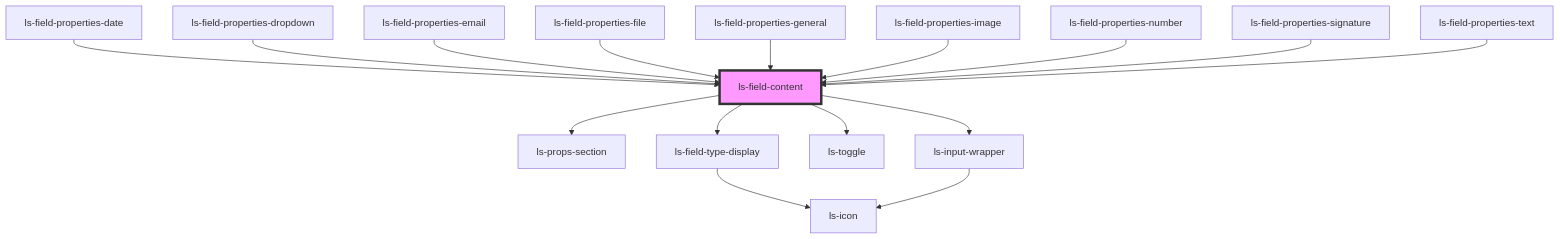
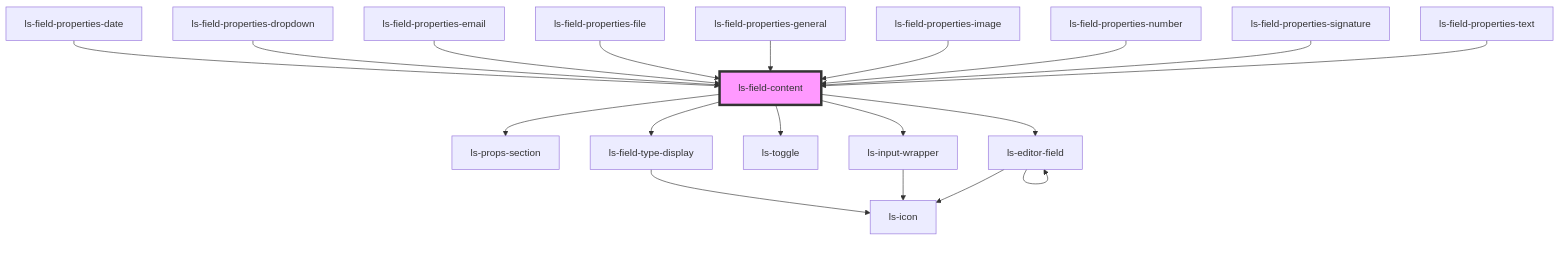
One commit to legalesign/ls-document-viewer changed the diagram in src/components/ls-field-content/readme.md. Above: the diagram before and after it, drawn with Mermaid. The commit also changed other lines of this file and 34 other files, not shown here.

````diff
--- a/src/components/ls-field-content/readme.md
+++ b/src/components/ls-field-content/readme.md
@@ -46,19 +47,22 @@
 ```mermaid
 graph TD;
   ls-field-content --> ls-props-section
   ls-field-content --> ls-field-type-display
   ls-field-content --> ls-toggle
   ls-field-content --> ls-input-wrapper
+  ls-field-content --> ls-editor-field
   ls-field-type-display --> ls-icon
   ls-input-wrapper --> ls-icon
+  ls-editor-field --> ls-icon
+  ls-editor-field --> ls-editor-field
   ls-field-properties-date --> ls-field-content
   ls-field-properties-dropdown --> ls-field-content
   ls-field-properties-email --> ls-field-content
   ls-field-properties-file --> ls-field-content
   ls-field-properties-general --> ls-field-content
   ls-field-properties-image --> ls-field-content
   ls-field-properties-number --> ls-field-content
   ls-field-properties-signature --> ls-field-content
   ls-field-properties-text --> ls-field-content
   style ls-field-content fill:#f9f,stroke:#333,stroke-width:4px
 ```
````
